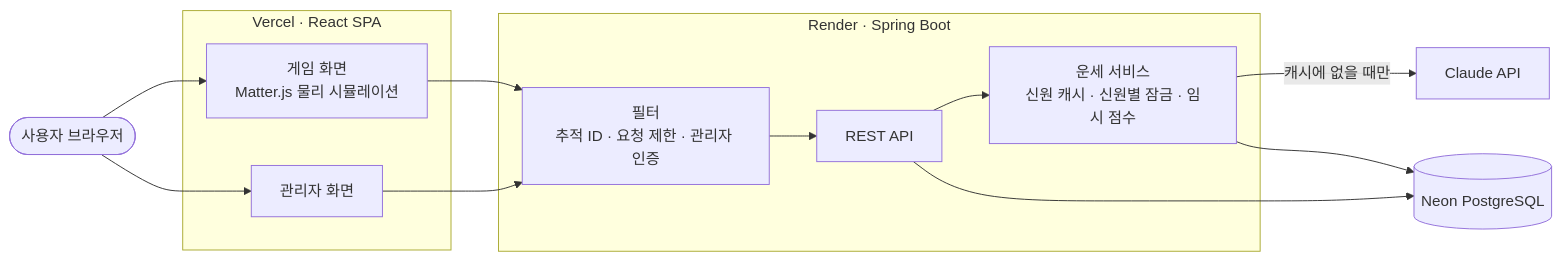
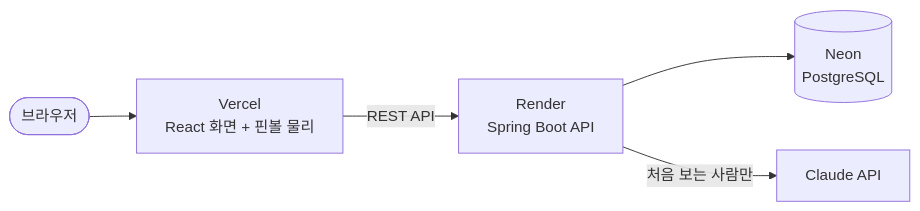
One commit to tmdgus0324/lucky-pinball-ai changed the diagram in README.md. Above: the diagram before and after it, drawn with Mermaid. The commit also changed other lines of this file and 29 other files, not shown here.

````diff
--- a/README.md
+++ b/README.md
@@ -29,25 +29,13 @@
 ```mermaid
 flowchart LR
-    user(["사용자 브라우저"])
-    subgraph vercel["Vercel · React SPA"]
-        game["게임 화면<br/>Matter.js 물리 시뮬레이션"]
-        admin["관리자 화면"]
-    end
-    subgraph render["Render · Spring Boot"]
-        filters["필터<br/>추적 ID · 요청 제한 · 관리자 인증"]
-        api["REST API"]
-        fortune["운세 서비스<br/>신원 캐시 · 신원별 잠금 · 임시 점수"]
-    end
-    neon[("Neon PostgreSQL")]
+    user(["브라우저"])
+    front["Vercel<br/>React 화면 + 핀볼 물리"]
+    back["Render<br/>Spring Boot API"]
+    db[("Neon<br/>PostgreSQL")]
     claude["Claude API"]
 
-    user --> game
-    user --> admin
-    game --> filters
-    admin --> filters
-    filters --> api
-    api --> fortune
-    fortune -- "캐시에 없을 때만" --> claude
-    api --> neon
-    fortune --> neon
+    user --> front
+    front -- "REST API" --> back
+    back --> db
+    back -- "처음 보는 사람만" --> claude
 ```
````
